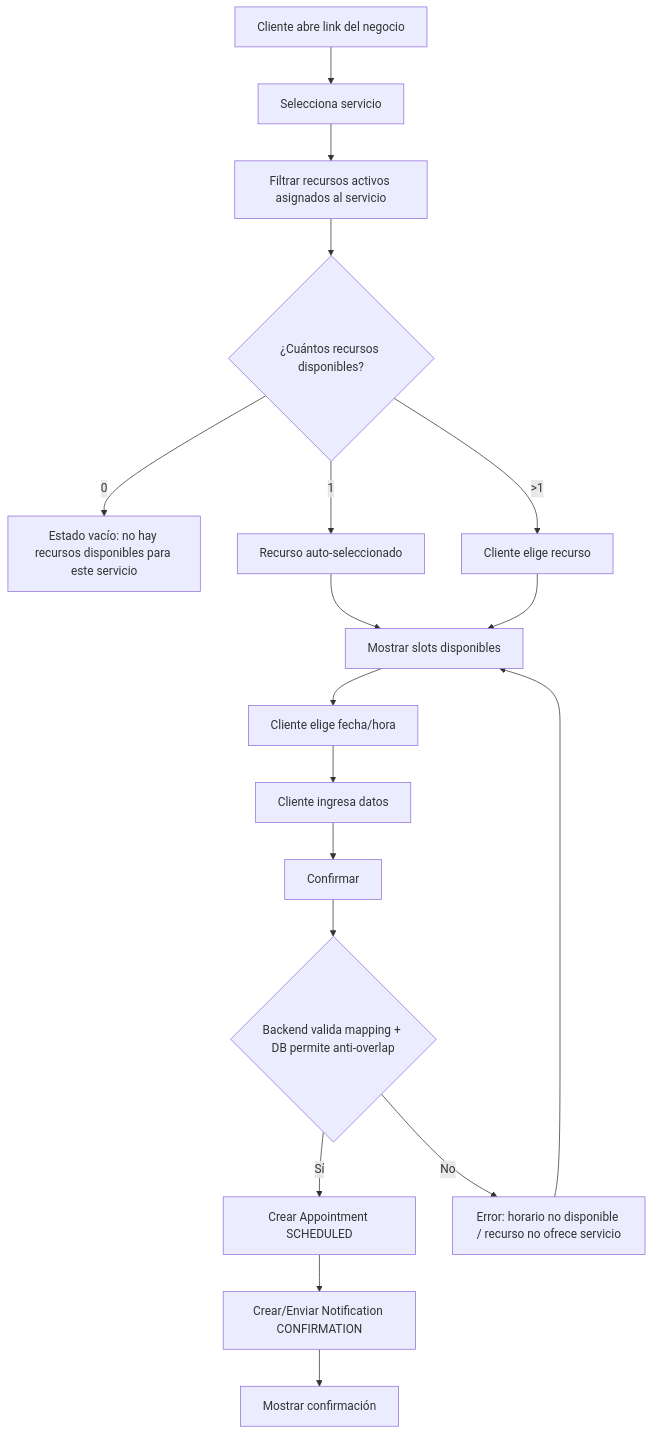
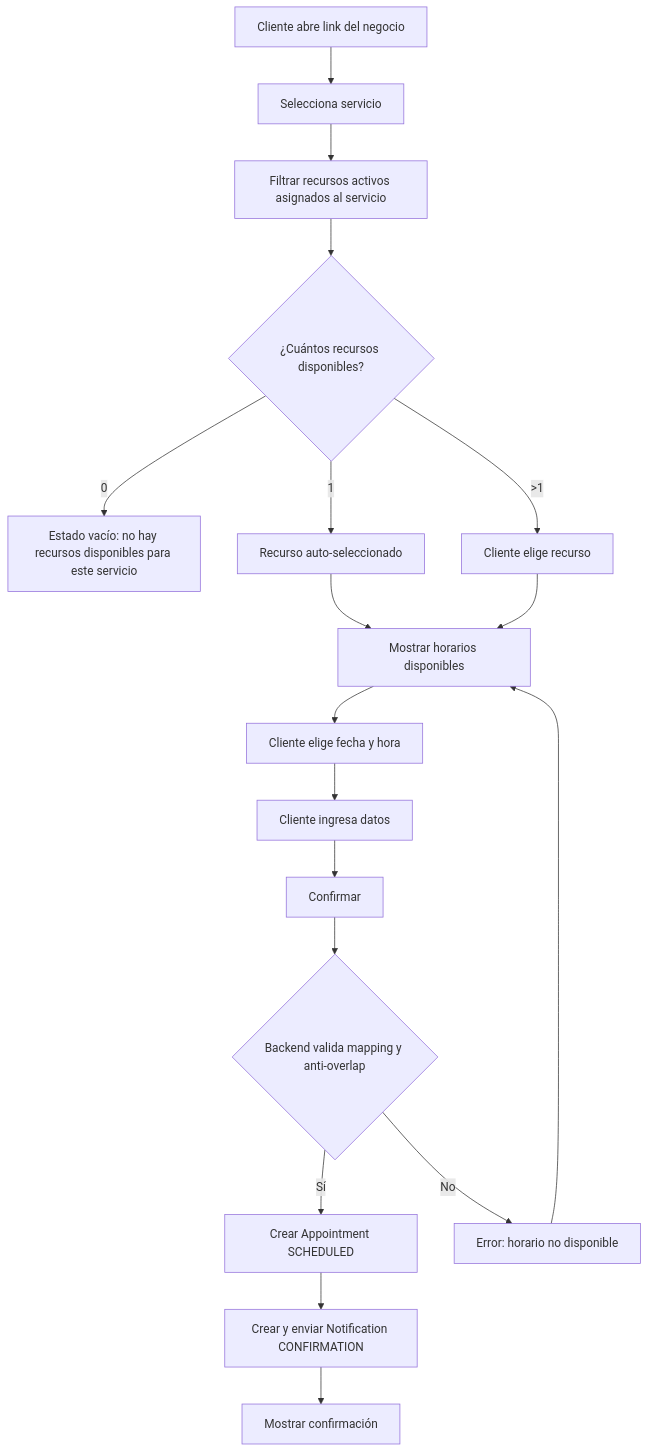
The diagram in docs/flows.md (coccagerman/aggendia), drawn with Mermaid before and after one commit. The commit also changed other lines of this file and 21 other files, not shown here.

````diff
--- a/docs/flows.md
+++ b/docs/flows.md
@@ -173,21 +195,20 @@
 ```mermaid
 flowchart TD
   A[Cliente abre link del negocio] --> B[Selecciona servicio]
   B --> C[Filtrar recursos activos asignados al servicio]
   C --> D{¿Cuántos recursos disponibles?}
   D -- 0 --> X[Estado vacío: no hay recursos disponibles para este servicio]
   D -- 1 --> E[Recurso auto-seleccionado]
   D -- >1 --> F[Cliente elige recurso]
-  E --> G[Mostrar slots disponibles]
+  E --> G[Mostrar horarios disponibles]
   F --> G
-  G --> H[Cliente elige fecha/hora]
+  G --> H[Cliente elige fecha y hora]
   H --> I[Cliente ingresa datos]
   I --> J[Confirmar]
-  J --> K{Backend valida mapping + DB permite anti-overlap}
+  J --> K{Backend valida mapping y anti-overlap}
   K -- Sí --> L[Crear Appointment SCHEDULED]
-  L --> M[Crear/Enviar Notification CONFIRMATION]
+  L --> M[Crear y enviar Notification CONFIRMATION]
   M --> N[Mostrar confirmación]
-  K -- No --> O[Error: horario no disponible / recurso no ofrece servicio]
+  K -- No --> O[Error: horario no disponible]
   O --> G
-
 ```
````
